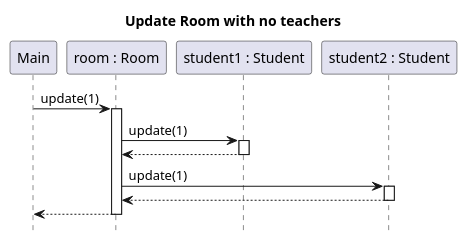
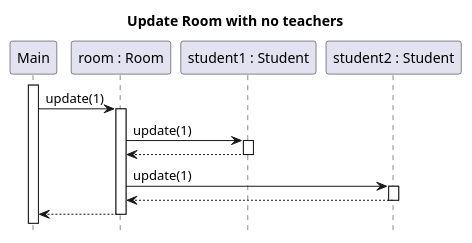
One commit to sn4k3ch4rm3r/logarlec changed the diagram in docs/diagrams/test-sequence/room-update-no-teachers.puml. Above: the diagram before and after it, drawn with PlantUML. The commit also changed 2 other files, not shown here.

```diff
--- a/docs/diagrams/test-sequence/room-update-no-teachers.puml
+++ b/docs/diagrams/test-sequence/room-update-no-teachers.puml
@@ -1,19 +1,20 @@
 @startuml room-update-no-teachers
 title Update Room with no teachers
 hide footbox
 autoactivate on
 skinparam SequenceReferenceBackgroundColor white
 
 participant Main
 participant "room : Room" as room
 participant "student1 : Student" as s1
 participant "student2 : Student" as s2
 
+Main++
 Main -> room : update(1)
     room -> s1 : update(1)
     return
     room -> s2 : update(1)
     return
 return
 
 @enduml
```
